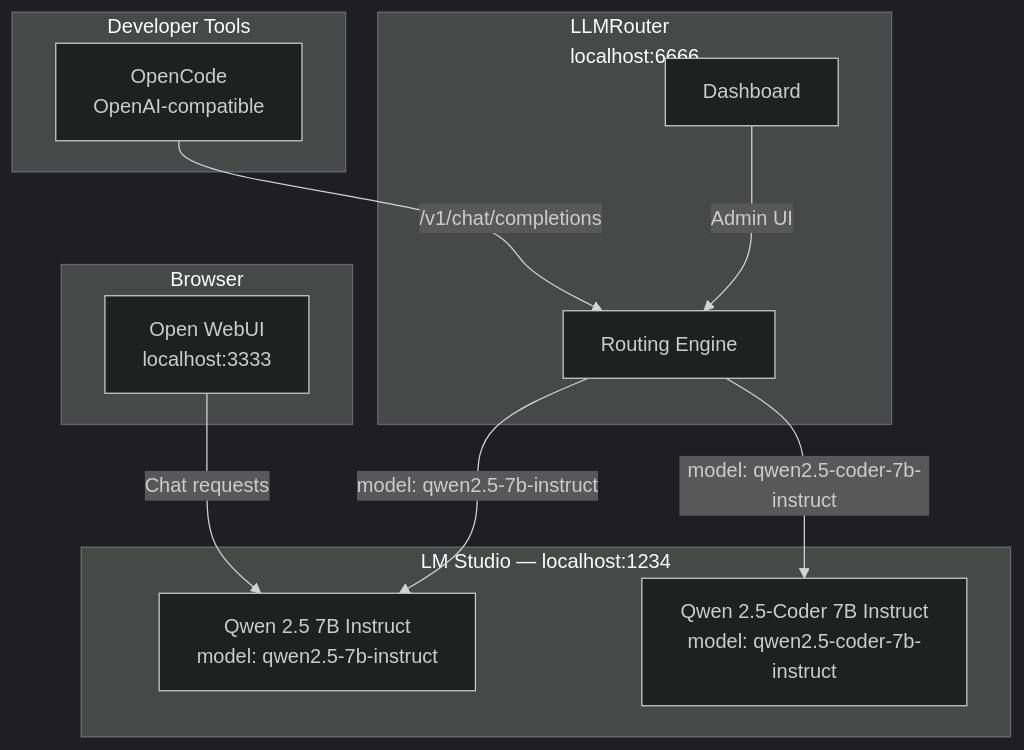
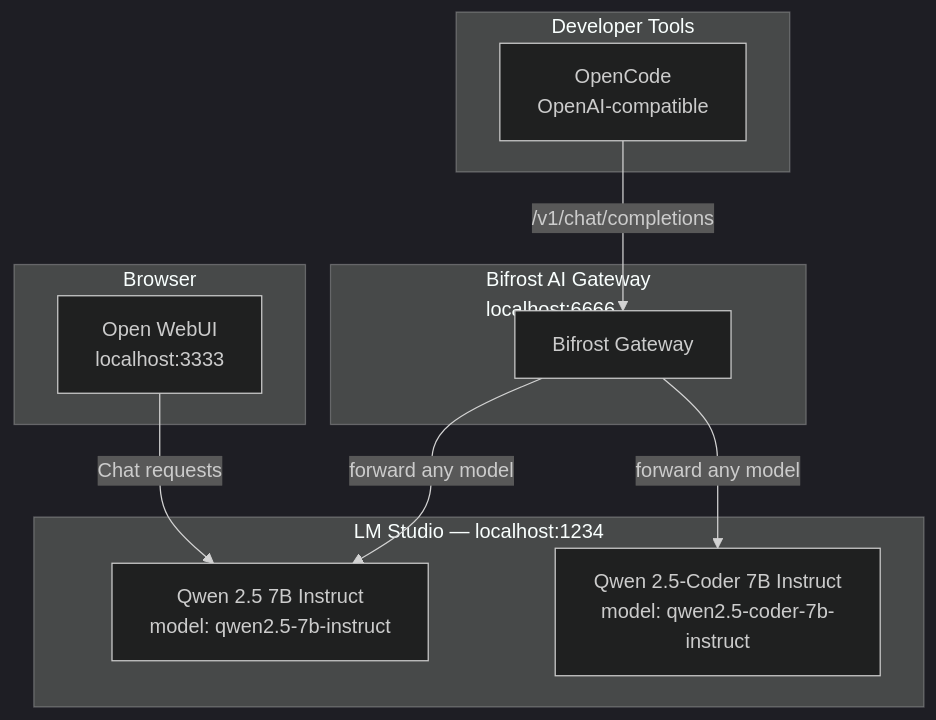
The diagram in docs/architecture.md (mauropm/modeldoki), drawn with Mermaid (dark theme) before and after one commit. The commit also changed other lines of this file and 13 other files, not shown here.

````diff
--- a/docs/architecture.md
+++ b/docs/architecture.md
@@ -9,26 +9,24 @@
 ```mermaid
 graph TB
     subgraph Browser["Browser"]
         OW[Open WebUI<br/>localhost:3333]
     end
 
     subgraph Tools["Developer Tools"]
         OC[OpenCode<br/>OpenAI-compatible]
     end
 
-    subgraph Router["LLMRouter<br/>localhost:6666"]
-        LR[Routing Engine]
-        DB[Dashboard]
+    subgraph Gateway["Bifrost AI Gateway<br/>localhost:6666"]
+        BG[Bifrost Gateway]
     end
 
     subgraph LMStudio["LM Studio — localhost:1234"]
         CHAT[Qwen 2.5 7B Instruct<br/>model: qwen2.5-7b-instruct]
         CODER[Qwen 2.5-Coder 7B Instruct<br/>model: qwen2.5-coder-7b-instruct]
     end
 
     OW -->|Chat requests| CHAT
-    OC -->|/v1/chat/completions| LR
-    LR -->|model: qwen2.5-7b-instruct| CHAT
-    LR -->|model: qwen2.5-coder-7b-instruct| CODER
-    DB -->|Admin UI| LR
+    OC -->|/v1/chat/completions| BG
+    BG -->|forward any model| CHAT
+    BG -->|forward any model| CODER
 ```
````
